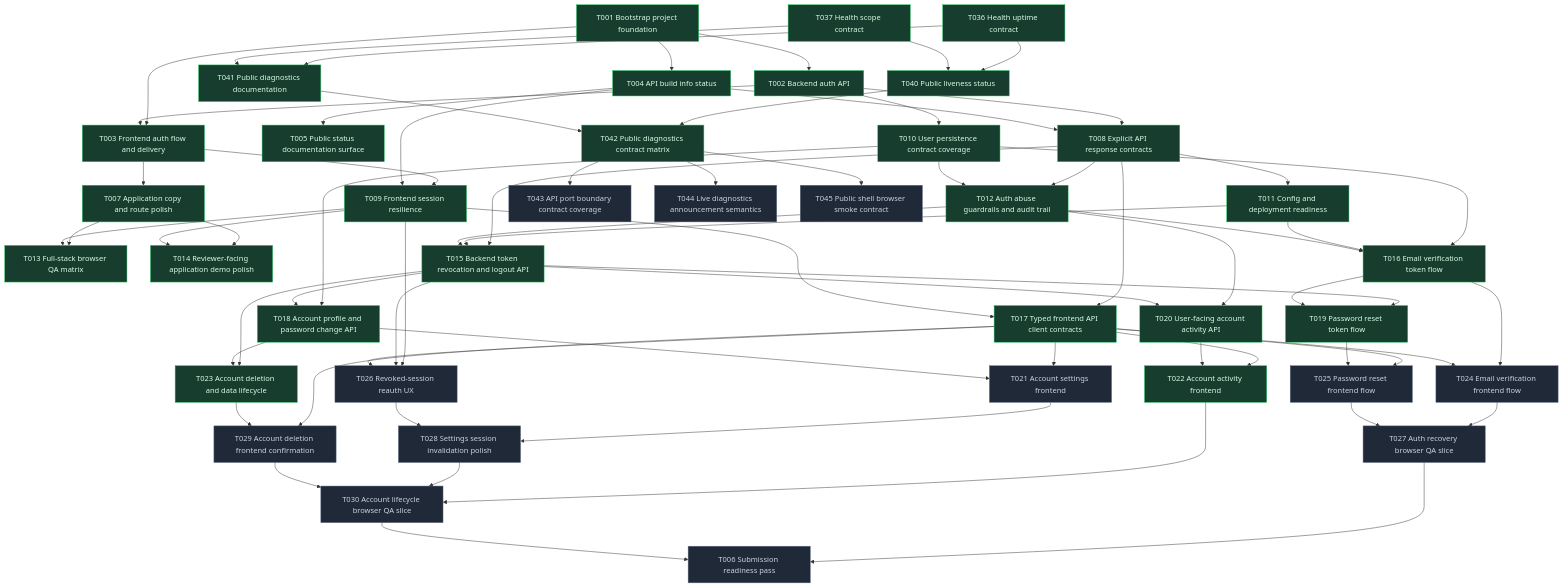
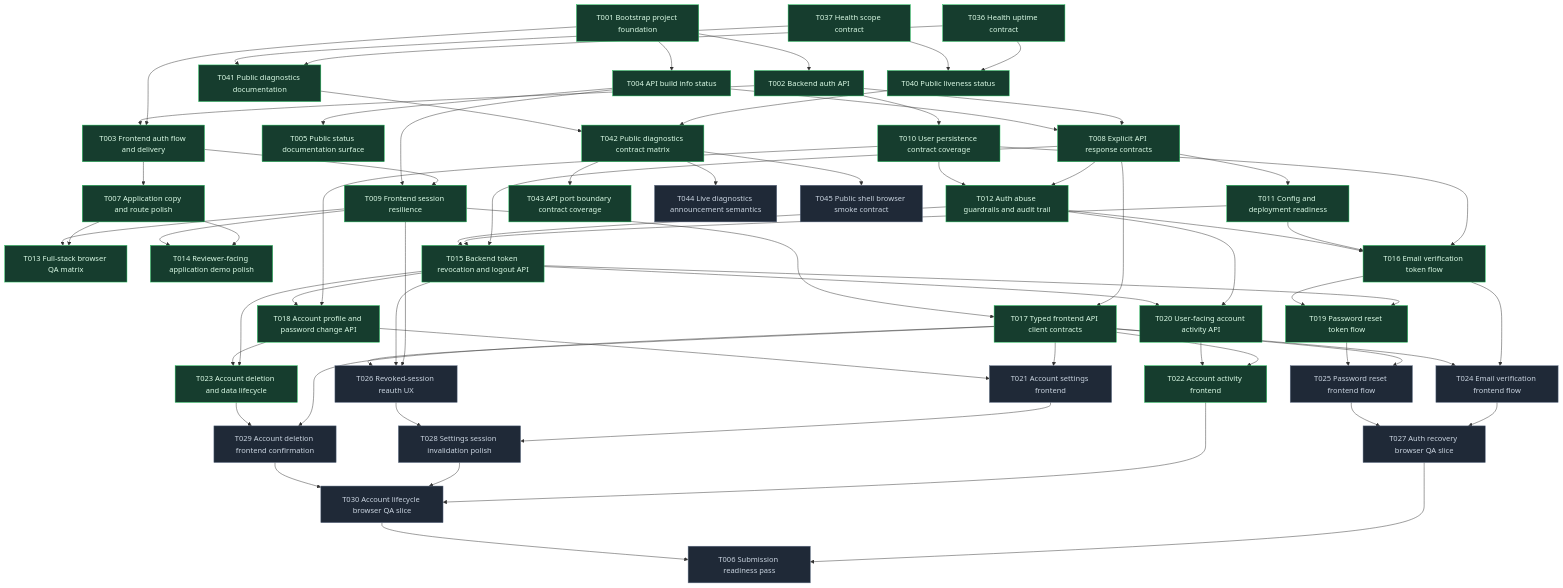
The diagram in planning/roadmap/dependencies.mmd (0-sayed/easyGen), drawn with Mermaid before and after one commit. The commit also changed 2 other files, not shown here.

```diff
--- a/planning/roadmap/dependencies.mmd
+++ b/planning/roadmap/dependencies.mmd
@@ -1,118 +1,118 @@
 flowchart TD
   T001["T001 Bootstrap project foundation"]
   T002["T002 Backend auth API"]
   T003["T003 Frontend auth flow and delivery"]
   T004["T004 API build info status"]
   T005["T005 Public status documentation surface"]
   T006["T006 Submission readiness pass"]
   T007["T007 Application copy and route polish"]
   T008["T008 Explicit API response contracts"]
   T009["T009 Frontend session resilience"]
   T010["T010 User persistence contract coverage"]
   T011["T011 Config and deployment readiness"]
   T012["T012 Auth abuse guardrails and audit trail"]
   T013["T013 Full-stack browser QA matrix"]
   T014["T014 Reviewer-facing application demo polish"]
   T015["T015 Backend token revocation and logout API"]
   T016["T016 Email verification token flow"]
   T017["T017 Typed frontend API client contracts"]
   T018["T018 Account profile and password change API"]
   T019["T019 Password reset token flow"]
   T020["T020 User-facing account activity API"]
   T021["T021 Account settings frontend"]
   T022["T022 Account activity frontend"]
   T023["T023 Account deletion and data lifecycle"]
   T024["T024 Email verification frontend flow"]
   T025["T025 Password reset frontend flow"]
   T026["T026 Revoked-session reauth UX"]
   T027["T027 Auth recovery browser QA slice"]
   T028["T028 Settings session invalidation polish"]
   T029["T029 Account deletion frontend confirmation"]
   T030["T030 Account lifecycle browser QA slice"]
   T036["T036 Health uptime contract"]
   T037["T037 Health scope contract"]
   T040["T040 Public liveness status"]
   T041["T041 Public diagnostics documentation"]
   T042["T042 Public diagnostics contract matrix"]
   T043["T043 API port boundary contract coverage"]
   T044["T044 Live diagnostics announcement semantics"]
   T045["T045 Public shell browser smoke contract"]
 
   T001 --> T002
   T001 --> T003
   T002 --> T003
   T001 --> T004
   T004 --> T005
   T003 --> T007
   T002 --> T008
   T004 --> T008
   T003 --> T009
   T004 --> T009
   T002 --> T010
   T008 --> T011
   T008 --> T012
   T010 --> T012
   T007 --> T013
   T009 --> T013
   T007 --> T014
   T009 --> T014
   T008 --> T015
   T011 --> T015
   T012 --> T015
   T010 --> T016
   T011 --> T016
   T012 --> T016
   T008 --> T017
   T009 --> T017
   T010 --> T018
   T015 --> T018
   T015 --> T019
   T016 --> T019
   T012 --> T020
   T015 --> T020
   T017 --> T021
   T018 --> T021
   T017 --> T022
   T020 --> T022
   T015 --> T023
   T018 --> T023
   T016 --> T024
   T017 --> T024
   T017 --> T025
   T019 --> T025
   T009 --> T026
   T015 --> T026
   T017 --> T026
   T024 --> T027
   T025 --> T027
   T021 --> T028
   T026 --> T028
   T017 --> T029
   T023 --> T029
   T022 --> T030
   T028 --> T030
   T029 --> T030
   T027 --> T006
   T030 --> T006
   T036 --> T040
   T037 --> T040
   T036 --> T041
   T037 --> T041
   T040 --> T042
   T041 --> T042
   T042 --> T043
   T042 --> T044
   T042 --> T045
 
   classDef done fill:#163d2e,stroke:#22c55e,color:#dcfce7;
   classDef pending fill:#1f2937,stroke:#64748b,color:#cbd5e1;
 
   class T001,T002,T003,T004,T005,T007,T008,T009,T010,T011,T012,T013,T014,T015,T016,T017,T018,T019,T020,T022,T023 done;
   class T006,T021,T024,T025,T026,T027,T028,T029,T030 pending;
   class T036,T037,T040,T041,T042 done;
 
-  class T043 pending;
+  class T043 done;
 
   class T044 pending;
 
   class T045 pending;
```
